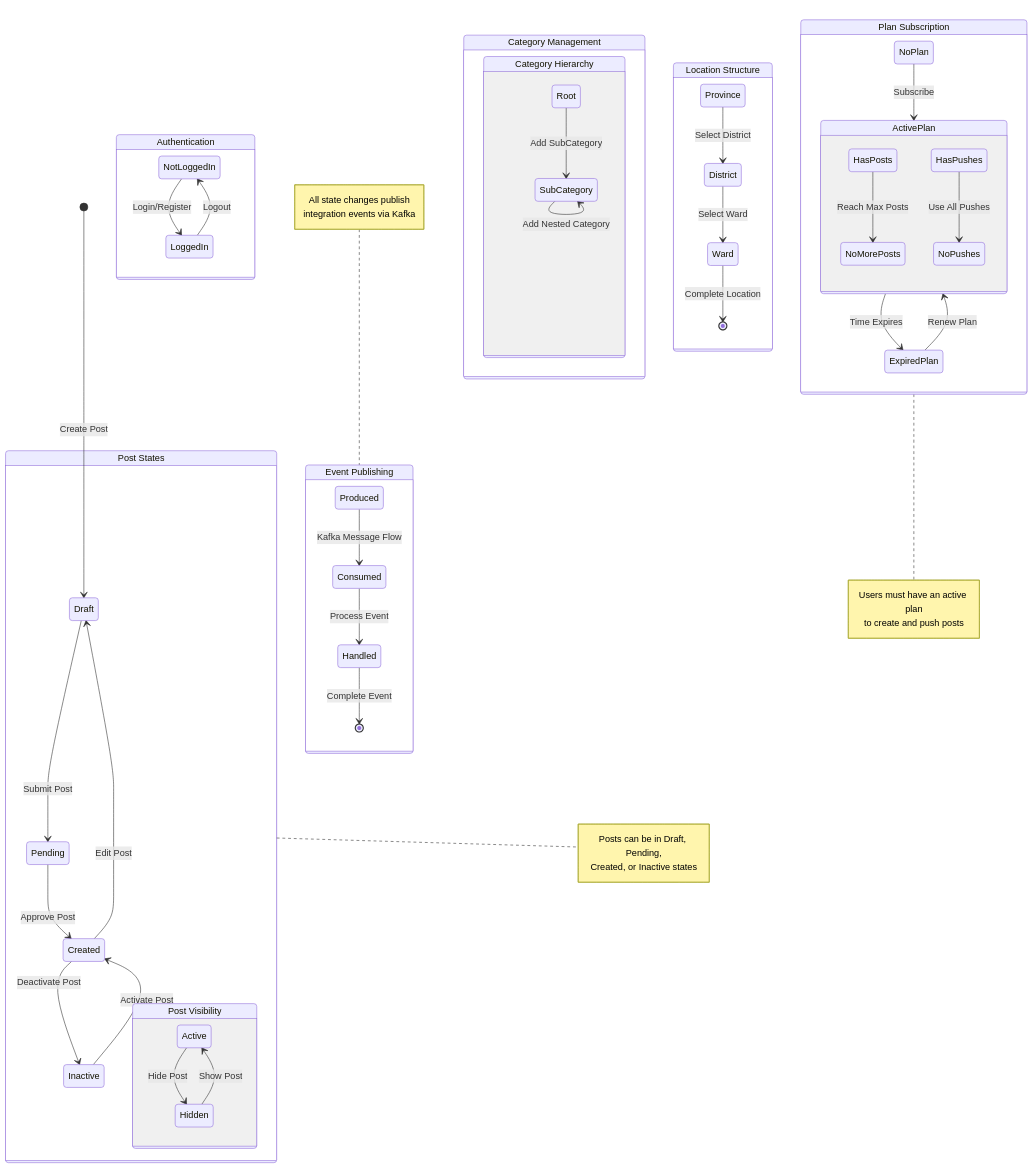
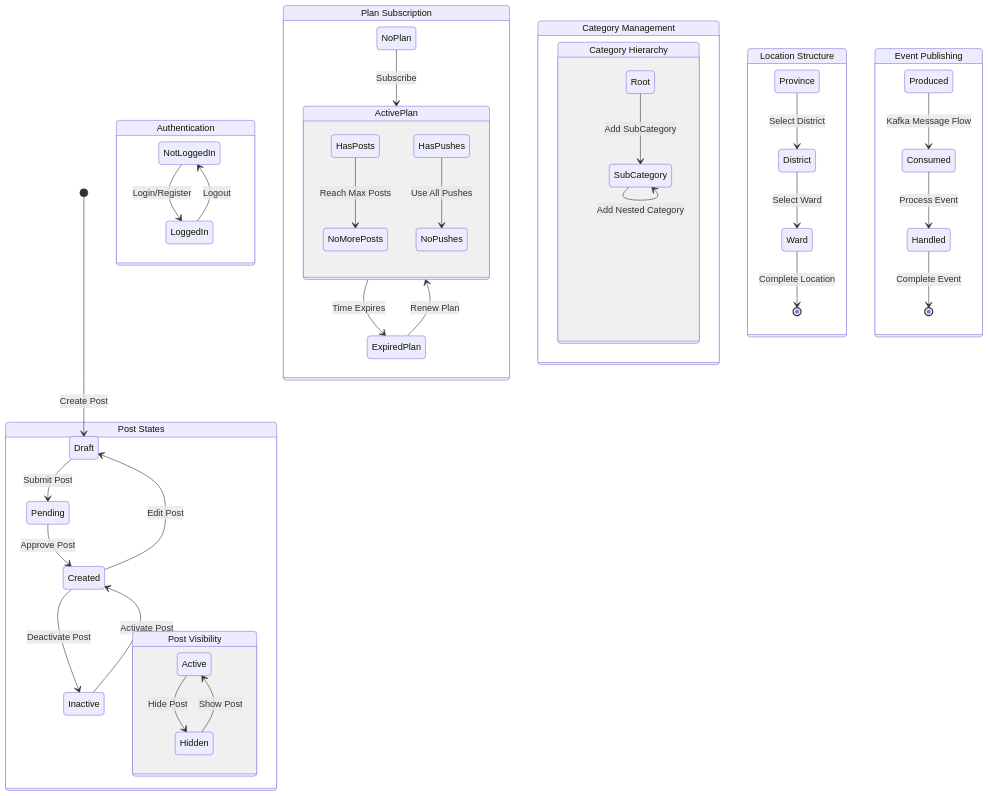
Before and after one commit to AlohaMarket/AlohaMarket.Aspire: the first of 2 diagrams in README.md, drawn with Mermaid. The commit also changed other lines of this file and 1 other file, not shown here.

First line of the commit message:
docs(readme): add technology badges and deployment architecture diagram

````diff
--- a/README.md
+++ b/README.md
@@ -24,67 +45,52 @@
-``` mermaid
+```mermaid
 stateDiagram-v2
     [*] --> Draft: Create Post
-    
+
     state "Authentication" as Auth {
         NotLoggedIn --> LoggedIn : Login/Register
         LoggedIn --> NotLoggedIn : Logout
     }
 
     state "Post States" as Post {
         Draft --> Pending : Submit Post
         Pending --> Created : Approve Post
         Created --> Draft : Edit Post
         Created --> Inactive : Deactivate Post
         Inactive --> Created : Activate Post
-        
+
         state "Post Visibility" as Visibility {
             Active --> Hidden : Hide Post
             Hidden --> Active : Show Post
         }
     }
 
     state "Plan Subscription" as Plan {
         NoPlan --> ActivePlan : Subscribe
         ActivePlan --> ExpiredPlan : Time Expires
         ExpiredPlan --> ActivePlan : Renew Plan
-        
+
         state ActivePlan {
             HasPosts --> NoMorePosts : Reach Max Posts
             HasPushes --> NoPushes : Use All Pushes
         }
     }
 
     state "Category Management" as Category {
         state "Category Hierarchy" as CH {
             Root --> SubCategory : Add SubCategory
             SubCategory --> SubCategory : Add Nested Category
         }
     }
 
     state "Location Structure" as Location {
         Province --> District : Select District
         District --> Ward : Select Ward
         Ward --> [*] : Complete Location
     }
-    
+
     state "Event Publishing" as Events {
         Produced --> Consumed : Kafka Message Flow
         Consumed --> Handled : Process Event
         Handled --> [*] : Complete Event
     }
-
-note right of Post
-    Posts can be in Draft, Pending,
-    Created, or Inactive states
-end note
-
-note right of Plan
-    Users must have an active plan
-    to create and push posts
-end note
-
-note left of Events
-    All state changes publish
-    integration events via Kafka
-end note
 ```
````
